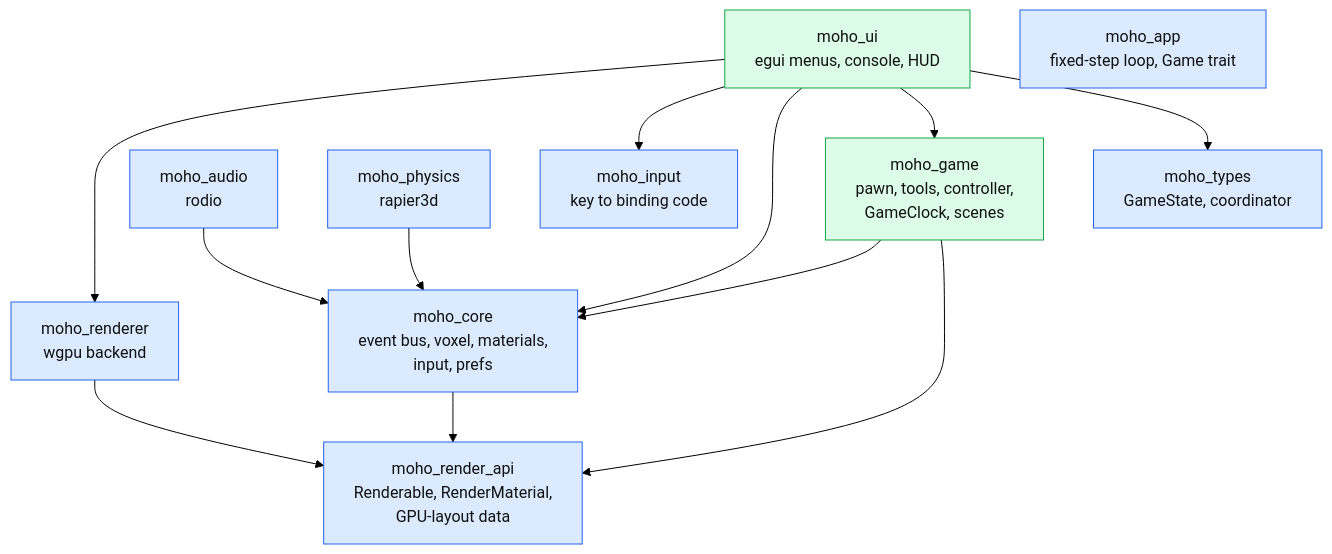
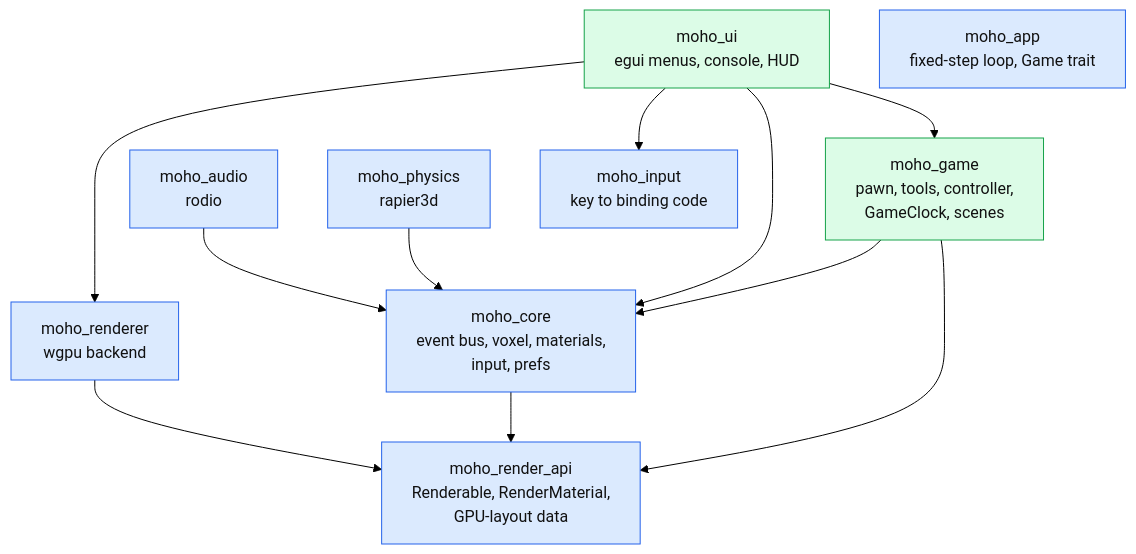
The first of 3 diagrams in wiki/architecture/overview.md (WrackedFella/moho), drawn with Mermaid (forest theme) before and after one commit. The commit also changed other lines of this file and 28 other files, not shown here.

First line of the commit message:
refactor(ui): move GameState and coordinator into moho_ui, delete moho_types (#217)

````diff
--- a/wiki/architecture/overview.md
+++ b/wiki/architecture/overview.md
@@ -17,24 +17,23 @@
 ```mermaid
 flowchart TD
     ui["moho_ui<br/>egui menus, console, HUD"]:::strategy
     game["moho_game<br/>pawn, tools, controller,<br/>GameClock, scenes"]:::strategy
 
     renderer["moho_renderer<br/>wgpu backend"]:::engine
     rapi["moho_render_api<br/>Renderable, RenderMaterial,<br/>GPU-layout data"]:::engine
     core["moho_core<br/>event bus, voxel, materials,<br/>input, prefs"]:::engine
     audio["moho_audio<br/>rodio"]:::engine
     physics["moho_physics<br/>rapier3d"]:::engine
     input["moho_input<br/>key to binding code"]:::engine
-    types["moho_types<br/>GameState, coordinator"]:::engine
     app["moho_app<br/>fixed-step loop, Game trait"]:::engine
 
-    ui --> renderer & input & core & game & types
+    ui --> renderer & input & core & game
     game --> core & rapi
     renderer --> rapi
     audio --> core
     physics --> core
     core --> rapi
 
     classDef engine fill:#dbeafe,stroke:#2563eb,color:#111
     classDef strategy fill:#dcfce7,stroke:#16a34a,color:#111
 ```
````
